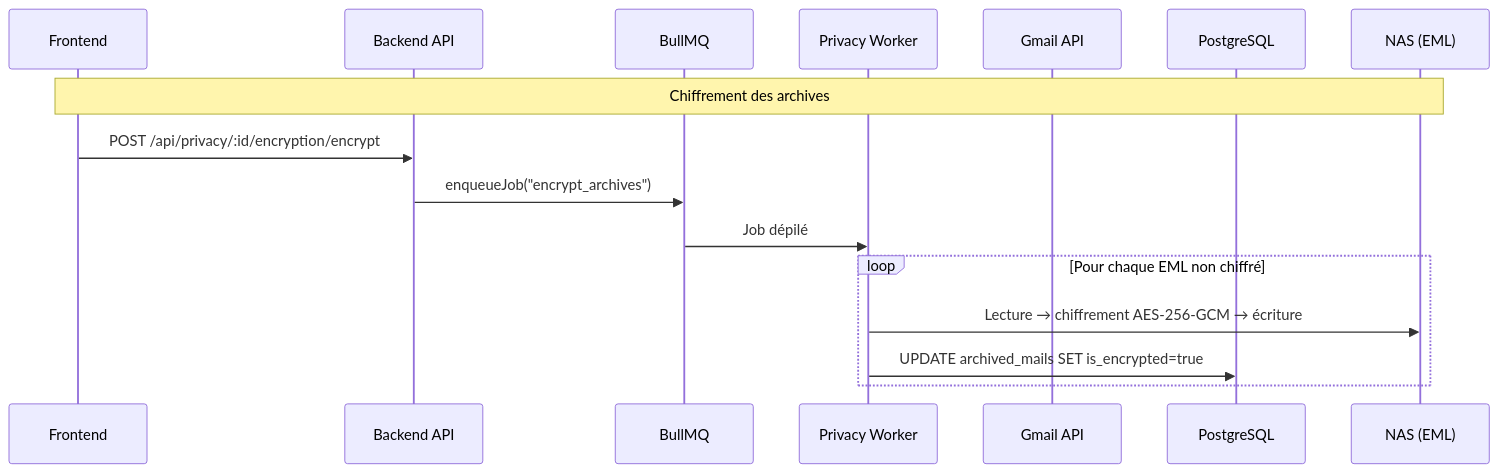
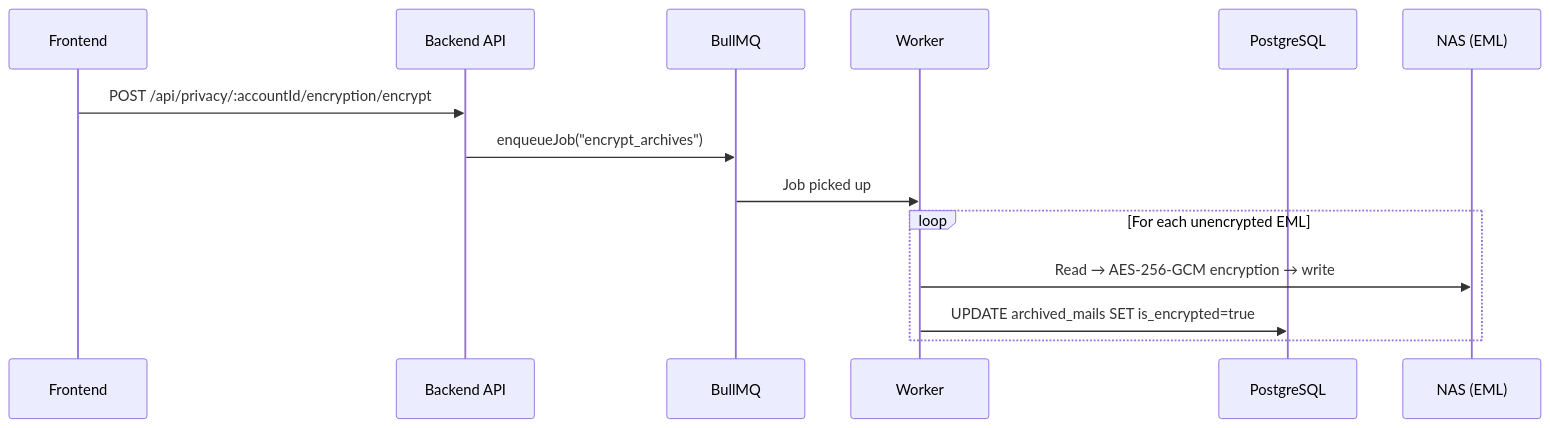
One commit to Le-Nid/nid changed the fourth of 4 diagrams in docs/en/technical/overview.md. Above: the diagram before and after it, drawn with Mermaid. The commit also changed other lines of this file and 13 other files, not shown here.

First line of the commit message:
docs(technical): align architecture pages with the current code

````diff
--- a/docs/en/technical/overview.md
+++ b/docs/en/technical/overview.md
@@ -96,19 +103,17 @@
 ```mermaid
 sequenceDiagram
     participant UI as Frontend
     participant API as Backend API
     participant Queue as BullMQ
-    participant Worker as Privacy Worker
-    participant Gmail as Gmail API
+    participant Worker as Worker
     participant PG as PostgreSQL
     participant NAS as NAS (EML)
 
-    Note over UI,NAS: Chiffrement des archives
-    UI->>API: POST /api/privacy/:id/encryption/encrypt
+    UI->>API: POST /api/privacy/:accountId/encryption/encrypt
     API->>Queue: enqueueJob("encrypt_archives")
-    Queue->>Worker: Job dépilé
-    loop Pour chaque EML non chiffré
-        Worker->>NAS: Lecture → chiffrement AES-256-GCM → écriture
+    Queue->>Worker: Job picked up
+    loop For each unencrypted EML
+        Worker->>NAS: Read → AES-256-GCM encryption → write
         Worker->>PG: UPDATE archived_mails SET is_encrypted=true
     end
 ```
````
